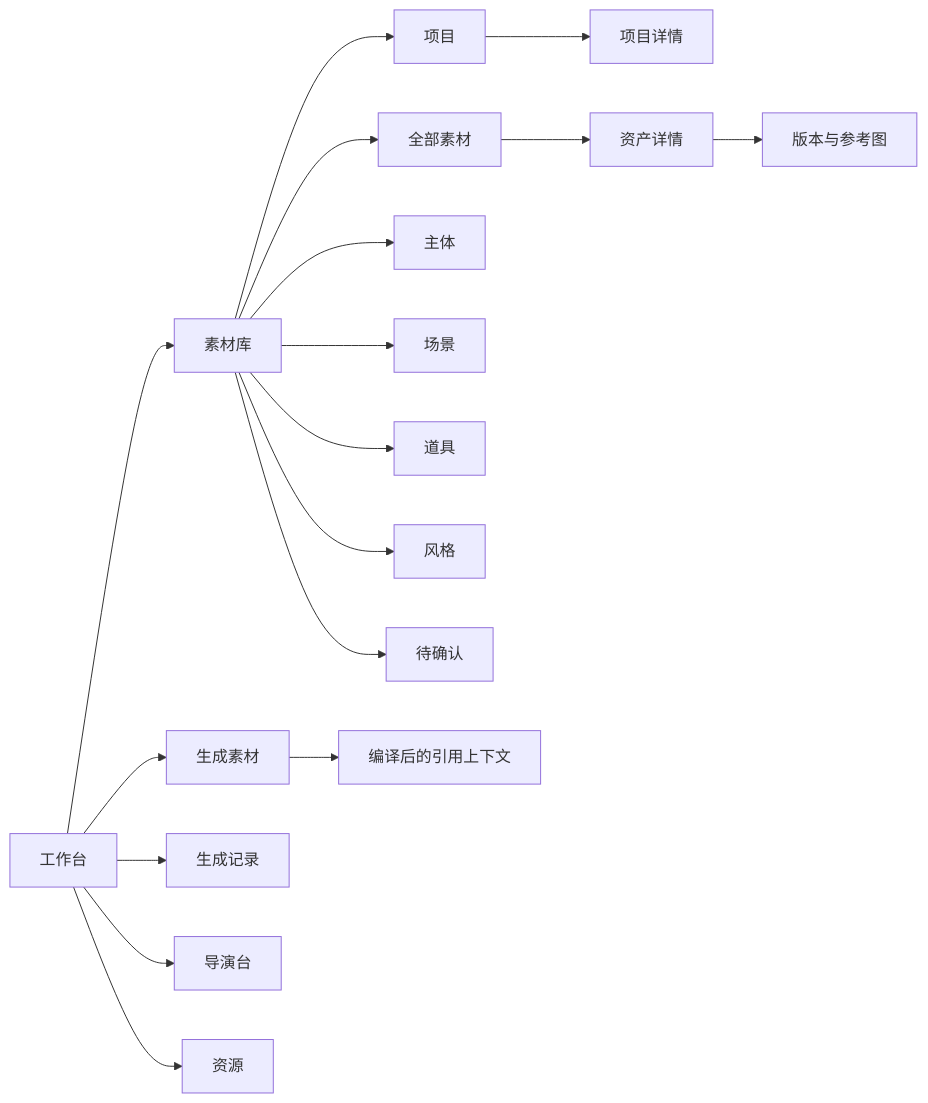
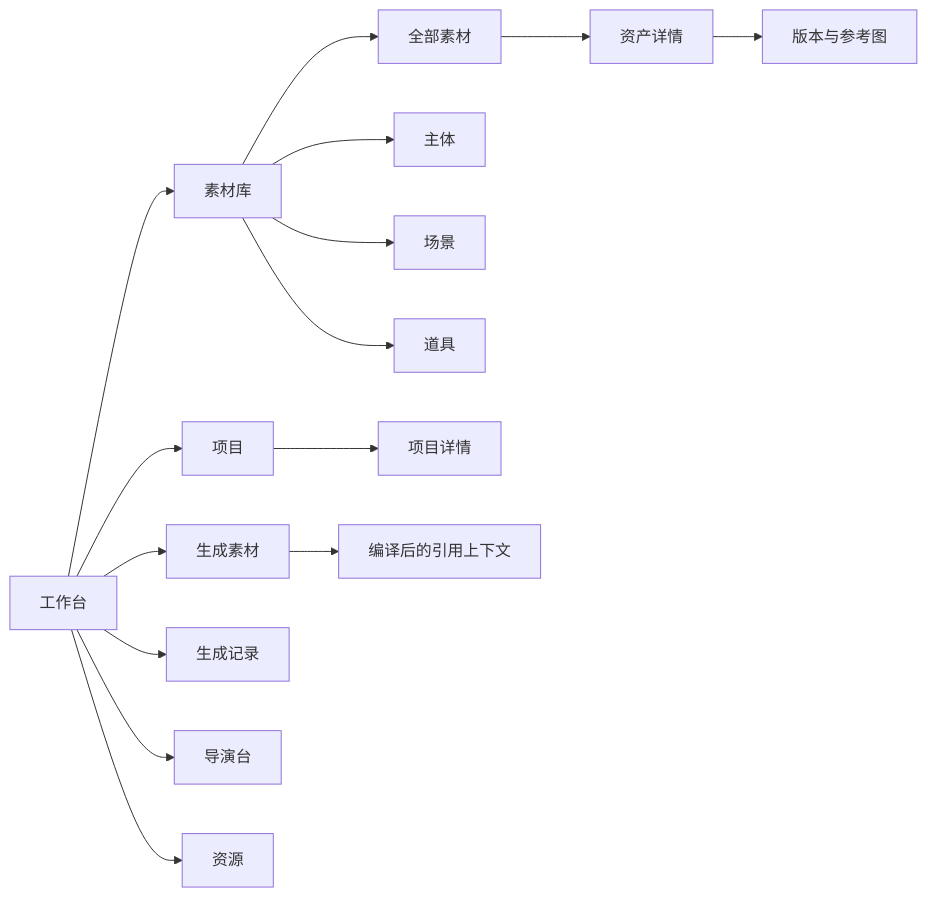
The diagram in docs/web-asset-workbench-wireframes.md (puzzle-fuzzy/bl-studio), drawn with Mermaid before and after one commit. The commit also changed other lines of this file and 14 other files, not shown here.

````diff
--- a/docs/web-asset-workbench-wireframes.md
+++ b/docs/web-asset-workbench-wireframes.md
@@ -19,19 +19,17 @@
 ```mermaid
 flowchart LR
-  A[工作台] --> B[素材库]
+  A[工作台] --> P[项目]
+  A --> B[素材库]
   B --> B1[全部素材]
-  B --> B2[项目]
-  B --> B3[主体]
-  B --> B4[场景]
-  B --> B5[道具]
-  B --> B6[风格]
-  B --> B7[待确认]
+  B --> B2[主体]
+  B --> B3[场景]
+  B --> B4[道具]
   A --> C[生成素材]
   A --> D[生成记录]
   A --> E[导演台]
   A --> F[资源]
-  B2 --> G[项目详情]
+  P --> G[项目详情]
   B1 --> H[资产详情]
   H --> I[版本与参考图]
   C --> J[编译后的引用上下文]
 ```
````
